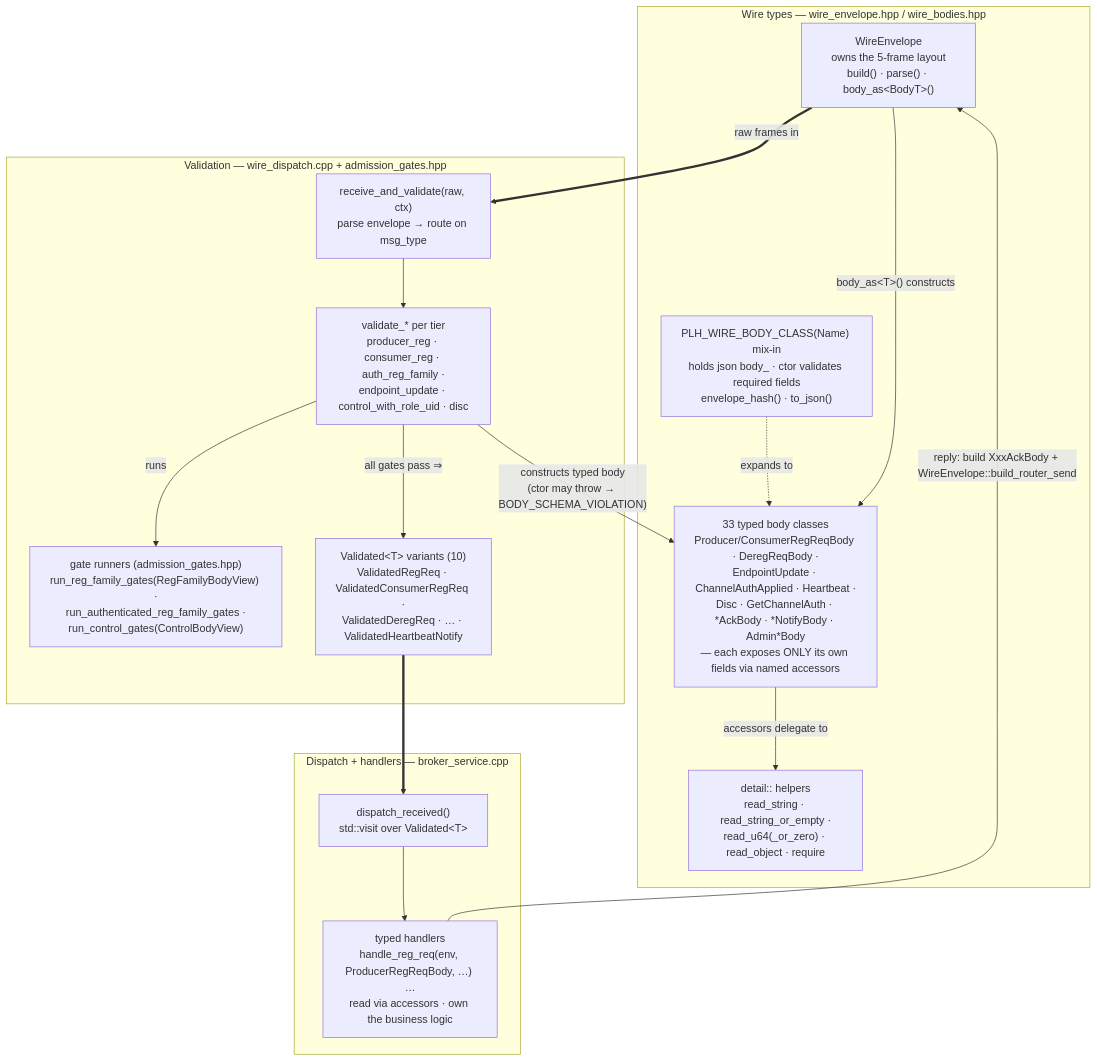
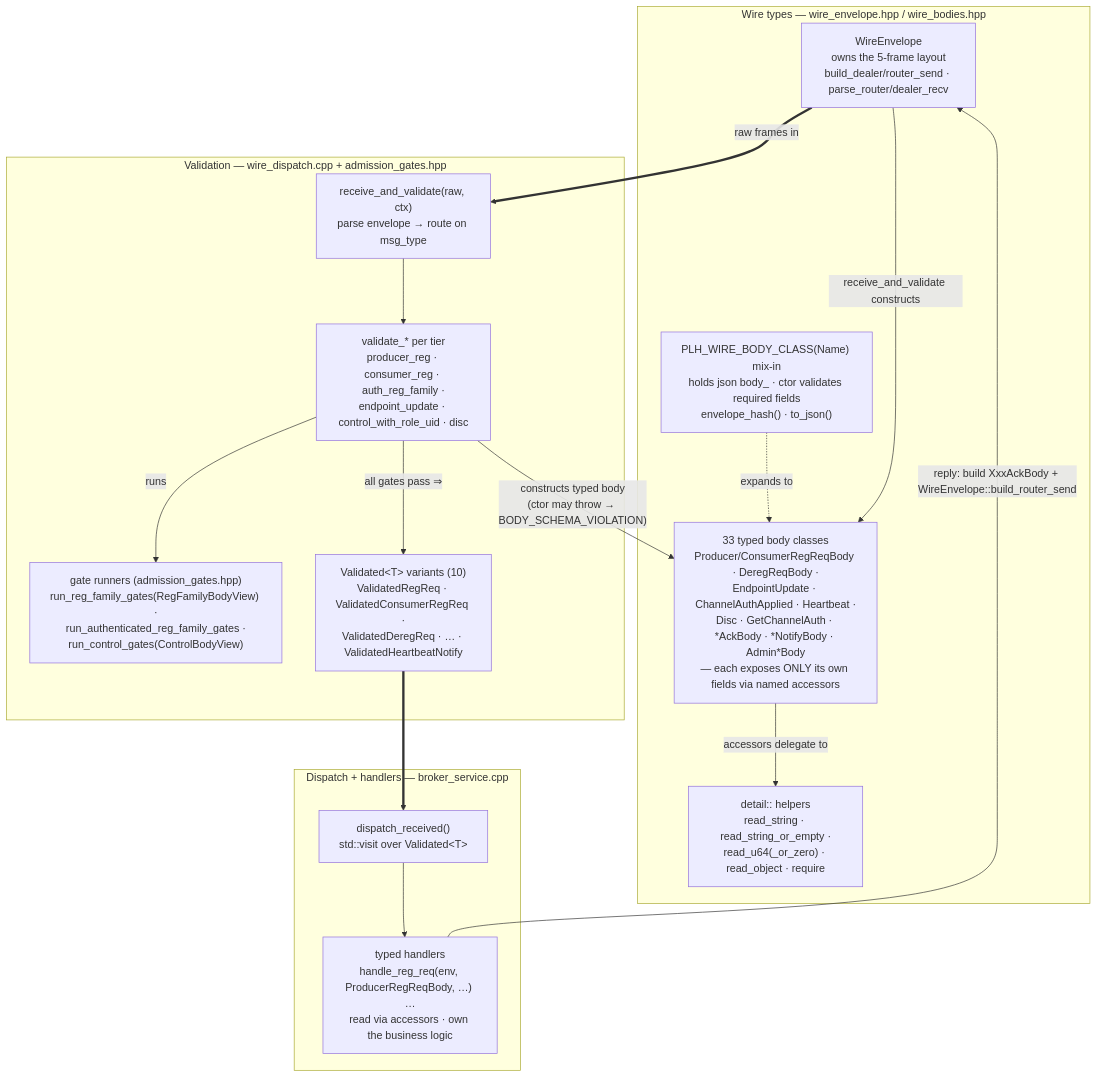
One commit to Qing-LAB/pylabhub changed the second of 2 diagrams in docs/HEP/HEP-CORE-0046-REG-Protocol-Redesign.md. Above: the diagram before and after it, drawn with Mermaid. The commit also changed other lines of this file and 9 other files, not shown here.

````diff
--- a/docs/HEP/HEP-CORE-0046-REG-Protocol-Redesign.md
+++ b/docs/HEP/HEP-CORE-0046-REG-Protocol-Redesign.md
@@ -2143,33 +2144,33 @@
 ```mermaid
 flowchart TD
     subgraph WIRE["Wire types — wire_envelope.hpp / wire_bodies.hpp"]
-        WE["WireEnvelope<br/>owns the 5-frame layout<br/>build() · parse() · body_as&lt;BodyT&gt;()"]
+        WE["WireEnvelope<br/>owns the 5-frame layout<br/>build_dealer/router_send · parse_router/dealer_recv"]
         MIX["PLH_WIRE_BODY_CLASS(Name) mix-in<br/>holds json body_ · ctor validates required fields<br/>envelope_hash() · to_json()"]
         BODIES["33 typed body classes<br/>Producer/ConsumerRegReqBody · DeregReqBody ·<br/>EndpointUpdate · ChannelAuthApplied · Heartbeat ·<br/>Disc · GetChannelAuth · *AckBody · *NotifyBody · Admin*Body<br/>— each exposes ONLY its own fields via named accessors"]
         DET["detail:: helpers<br/>read_string · read_string_or_empty ·<br/>read_u64(_or_zero) · read_object · require"]
         MIX -. "expands to" .-> BODIES
         BODIES -- "accessors delegate to" --> DET
-        WE -- "body_as&lt;T&gt;() constructs" --> BODIES
+        WE -- "receive_and_validate constructs" --> BODIES
     end
 
     subgraph VALID["Validation — wire_dispatch.cpp + admission_gates.hpp"]
         RV["receive_and_validate(raw, ctx)<br/>parse envelope → route on msg_type"]
         VAL["validate_* per tier<br/>producer_reg · consumer_reg · auth_reg_family ·<br/>endpoint_update · control_with_role_uid · disc"]
         GATES["gate runners (admission_gates.hpp)<br/>run_reg_family_gates(RegFamilyBodyView) ·<br/>run_authenticated_reg_family_gates ·<br/>run_control_gates(ControlBodyView)"]
         VD["Validated&lt;T&gt; variants (10)<br/>ValidatedRegReq · ValidatedConsumerRegReq ·<br/>ValidatedDeregReq · … · ValidatedHeartbeatNotify"]
         RV --> VAL
         VAL -- "constructs typed body<br/>(ctor may throw → BODY_SCHEMA_VIOLATION)" --> BODIES
         VAL -- "runs" --> GATES
         VAL -- "all gates pass ⇒" --> VD
     end
 
     subgraph DISPATCH["Dispatch + handlers — broker_service.cpp"]
         DR["dispatch_received()<br/>std::visit over Validated&lt;T&gt;"]
         H["typed handlers<br/>handle_reg_req(env, ProducerRegReqBody, …) …<br/>read via accessors · own the business logic"]
         DR --> H
     end
 
     WE == "raw frames in" ==> RV
     VD ==> DR
     H -- "reply: build XxxAckBody + WireEnvelope::build_router_send" --> WE
 ```
````
